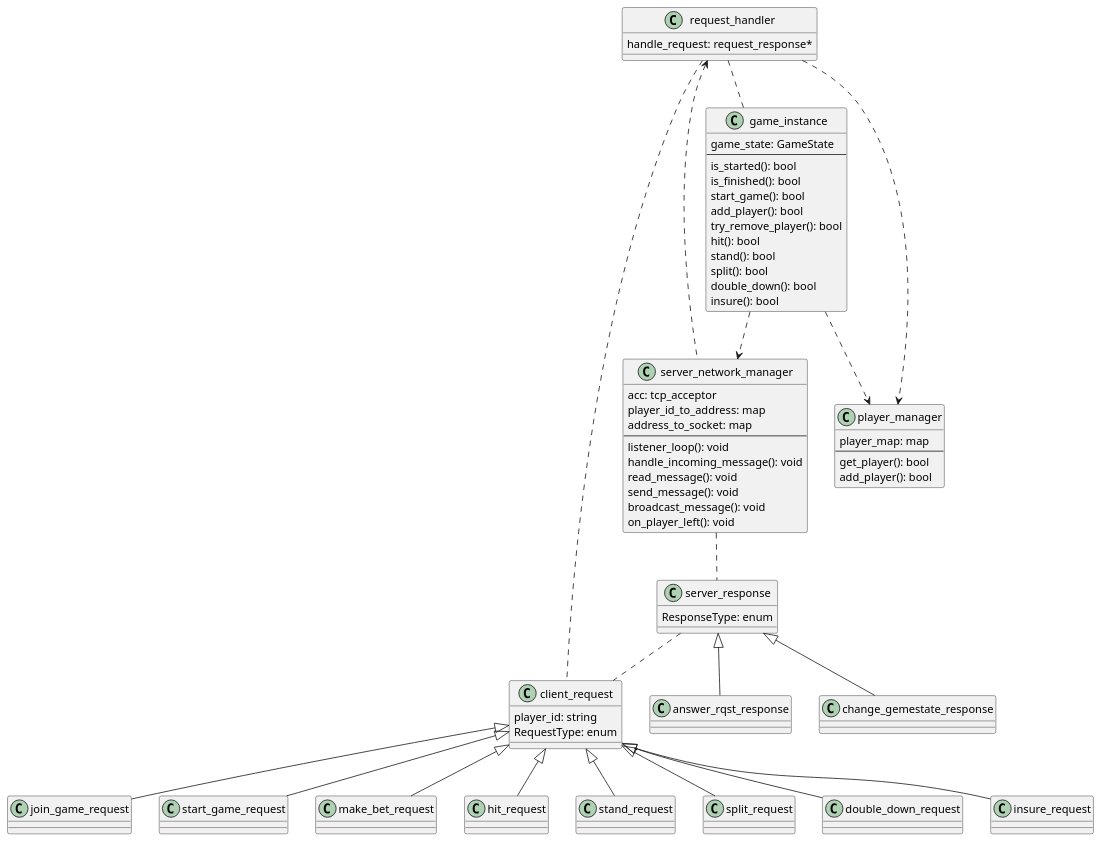
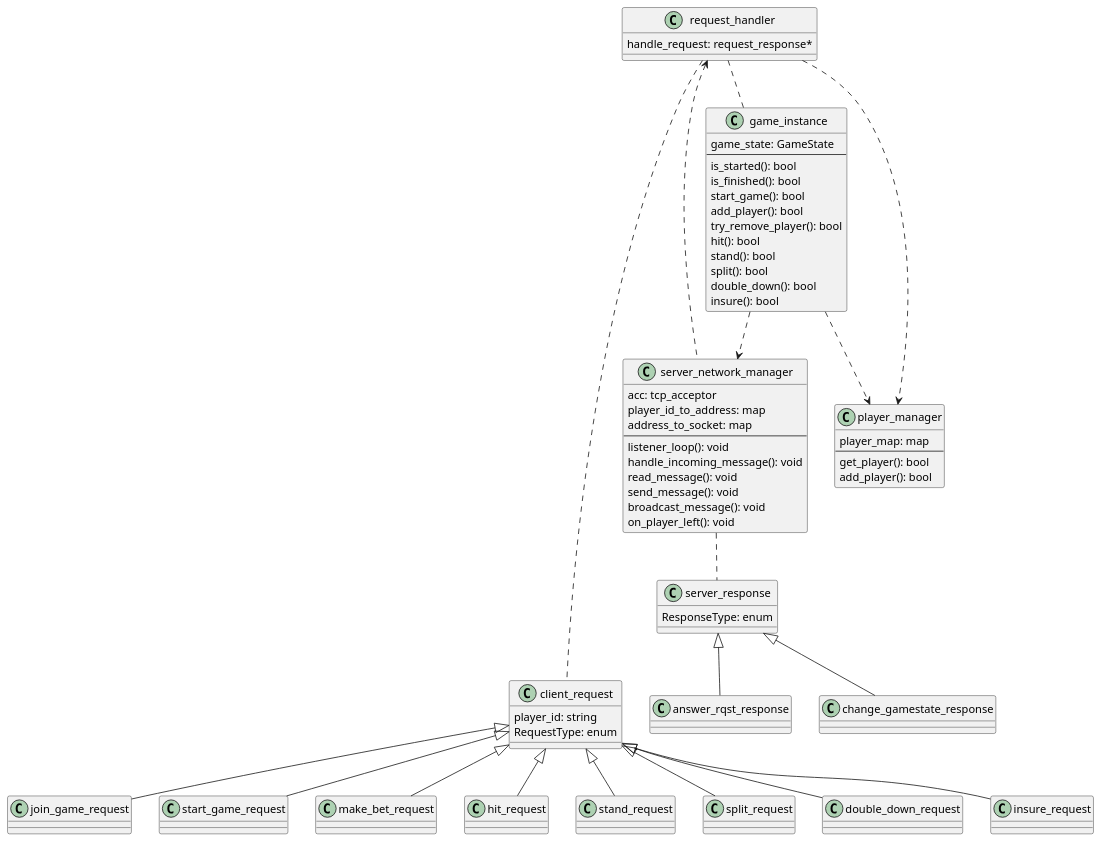
One commit to luca-commits/blackjack changed the diagram in sds/plant_codes/cs_classdiag_alt_2.puml. Above: the diagram before and after it, drawn with PlantUML. The commit also changed other lines of this file and 4 other files, not shown here.

```diff
--- a/sds/plant_codes/cs_classdiag_alt_2.puml
+++ b/sds/plant_codes/cs_classdiag_alt_2.puml
@@ -2,92 +1,82 @@
 @startuml
 
 Class server_network_manager{
     acc: tcp_acceptor
     player_id_to_address: map
     address_to_socket: map
     --
     listener_loop(): void
     handle_incoming_message(): void
     read_message(): void
     send_message(): void
     broadcast_message(): void
     on_player_left(): void
 }
 
 Class player_manager{
     player_map: map
     --
     get_player(): bool
     add_player(): bool
 }
 
 Class game_instance{
     game_state: GameState
     --
     is_started(): bool  
     is_finished(): bool
     start_game(): bool
     add_player(): bool
     try_remove_player(): bool
     hit(): bool
     stand(): bool
     split(): bool
     double_down(): bool
     insure(): bool
 }
 
 Class request_handler{
     handle_request: request_response*
 
 }
 
 
-
-'package STUUFFFF <<Folder>> {
 together {
 
 class client_request{
 player_id: string
 RequestType: enum
 }
 client_request <|-- join_game_request
 client_request <|-- start_game_request
 client_request <|-- make_bet_request
 client_request <|-- hit_request
 client_request <|-- stand_request
 client_request <|-- split_request
 client_request <|-- double_down_request
 client_request <|-- insure_request
 
 
 class server_response{
 ResponseType: enum
 }
 server_response <|-down-  answer_rqst_response
-server_response <|-down-  change_gemestate_response
+server_response <|-down-  change_gamestate_response
 
 }
-server_response .. client_request
+
+server_response .[hidden]. client_request
 
 
 
-' [hidden]
-
-
-' the following is exactly the same as in 
-' the example client package
-' ===============
-
-' this is the same as in example server package but we combined
-' game_instance and game_instance_manager to game_instance
 request_handler .. game_instance
 request_handler ..> player_manager
 request_handler <.. server_network_manager
 game_instance ..> server_network_manager
 game_instance ..> player_manager
 
 request_handler .right. client_request
 server_network_manager .. server_response
 
 
 @enduml
```
